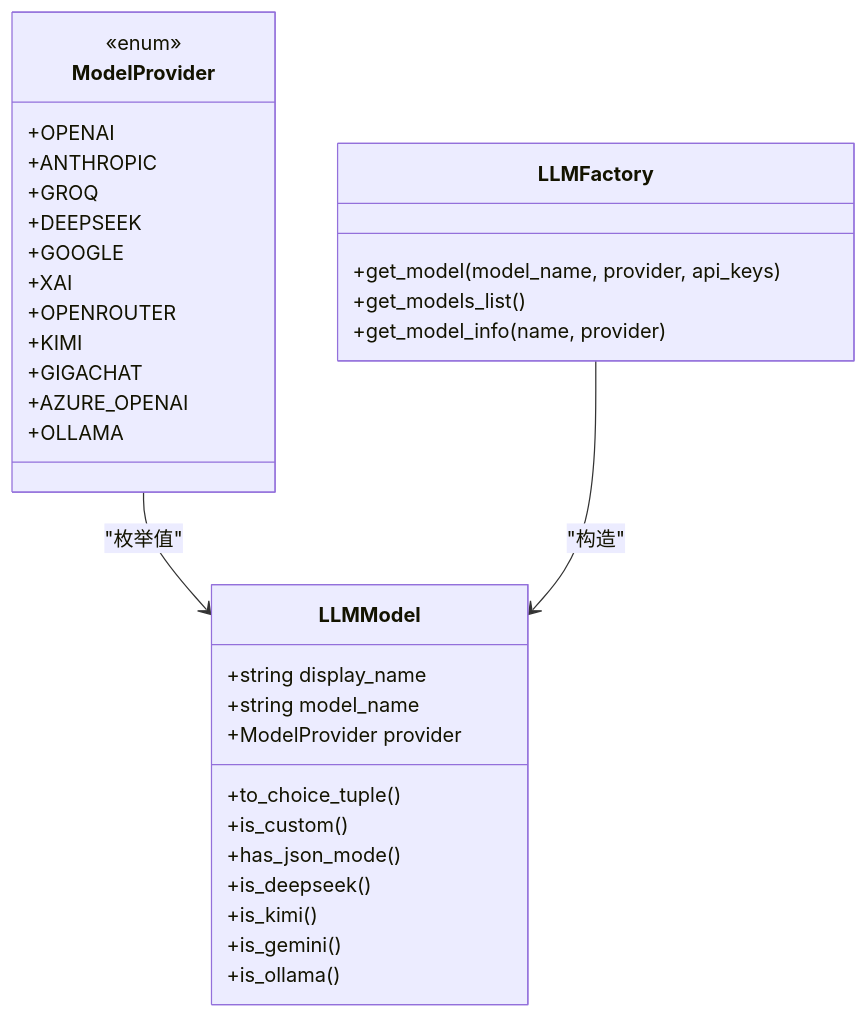
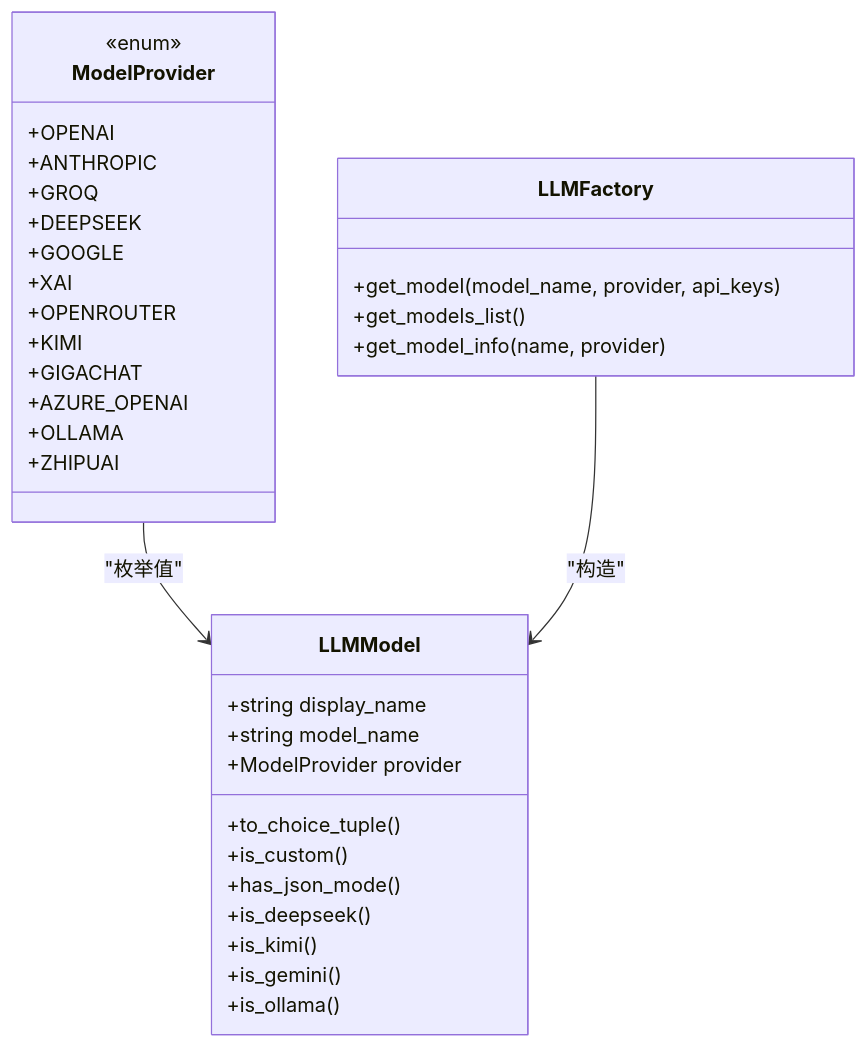
The third of 8 diagrams in .qoder/repowiki/zh/content/AI_ML集成/LLM服务集成.md (lichen14-hash/ai-hedge-fund), drawn with Mermaid before and after one commit. The commit also changed other lines of this file and 11 other files, not shown here.

````diff
--- a/.qoder/repowiki/zh/content/AI_ML集成/LLM服务集成.md
+++ b/.qoder/repowiki/zh/content/AI_ML集成/LLM服务集成.md
@@ -149,36 +160,37 @@
 ```mermaid
 classDiagram
 class ModelProvider {
 <<enum>>
 +OPENAI
 +ANTHROPIC
 +GROQ
 +DEEPSEEK
 +GOOGLE
 +XAI
 +OPENROUTER
 +KIMI
 +GIGACHAT
 +AZURE_OPENAI
 +OLLAMA
++ZHIPUAI
 }
 class LLMModel {
 +string display_name
 +string model_name
 +ModelProvider provider
 +to_choice_tuple()
 +is_custom()
 +has_json_mode()
 +is_deepseek()
 +is_kimi()
 +is_gemini()
 +is_ollama()
 }
 class LLMFactory {
 +get_model(model_name, provider, api_keys)
 +get_models_list()
 +get_model_info(name, provider)
 }
 ModelProvider --> LLMModel : "枚举值"
 LLMFactory --> LLMModel : "构造"
 ```
````
